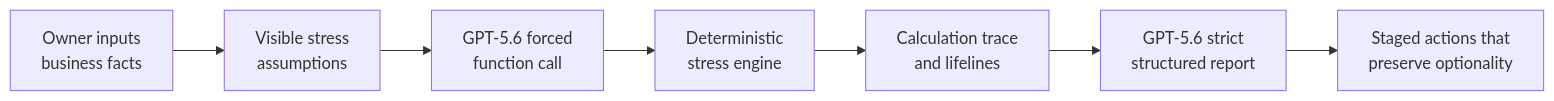
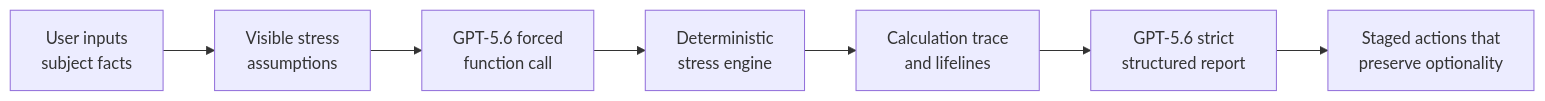
The diagram in README.md (yxt2050-oss/risk-sovereignty-build-week), drawn with Mermaid before and after one commit. The commit also changed other lines of this file and 9 other files, not shown here.

````diff
--- a/README.md
+++ b/README.md
@@ -19,9 +25,9 @@
 ```mermaid
 flowchart LR
-    A["Owner inputs<br/>business facts"] --> B["Visible stress<br/>assumptions"]
+    A["User inputs<br/>subject facts"] --> B["Visible stress<br/>assumptions"]
     B --> C["GPT-5.6 forced<br/>function call"]
     C --> D["Deterministic<br/>stress engine"]
     D --> E["Calculation trace<br/>and lifelines"]
     E --> F["GPT-5.6 strict<br/>structured report"]
     F --> G["Staged actions that<br/>preserve optionality"]
 ```
````
